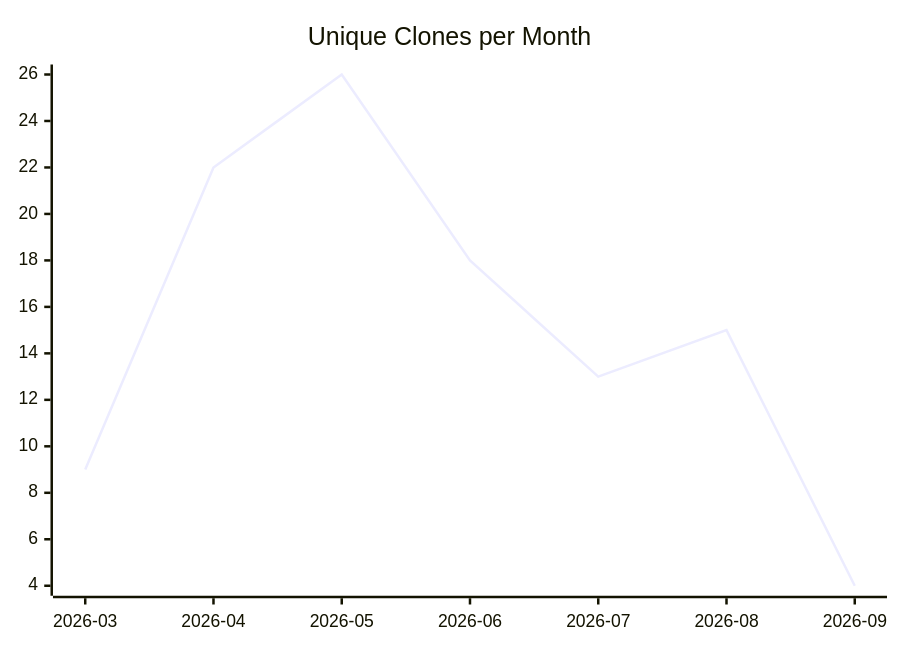
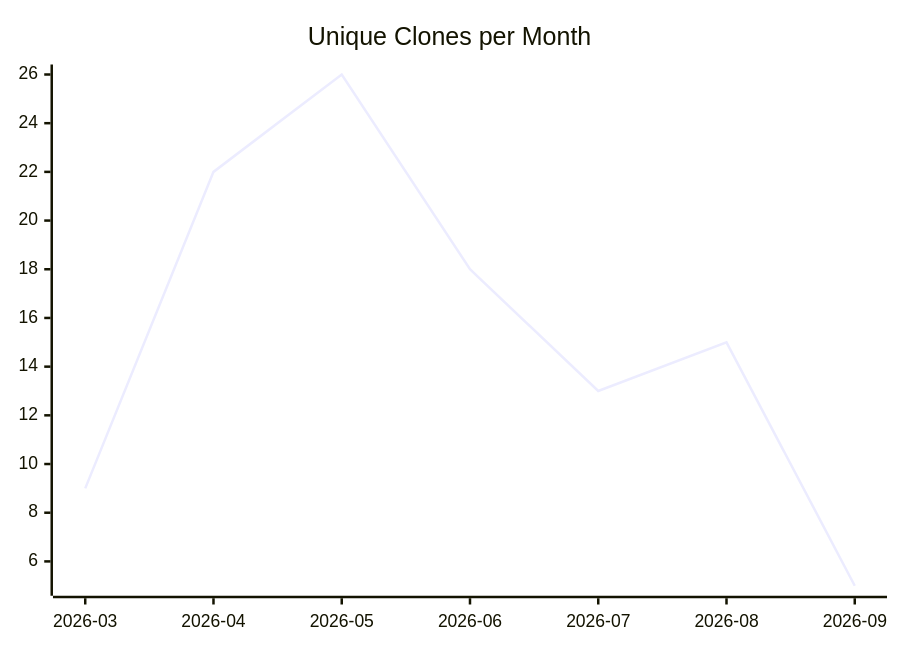
One commit to justdavis-family/github-analytics-data changed the third of 3 diagrams in karlmdavis/lego-ev3dev-rs/README.md. Above: the diagram before and after it, drawn with Mermaid. The commit also changed other lines of this file and 189 other files, not shown here.

````diff
--- a/karlmdavis/lego-ev3dev-rs/README.md
+++ b/karlmdavis/lego-ev3dev-rs/README.md
@@ -19,6 +19,6 @@
 ```mermaid
 xychart-beta
   title "Unique Clones per Month"
   x-axis ["2026-03", "2026-04", "2026-05", "2026-06", "2026-07", "2026-08", "2026-09"]
-  line [9, 22, 26, 18, 13, 15, 4]
+  line [9, 22, 26, 18, 13, 15, 5]
 ```
````
